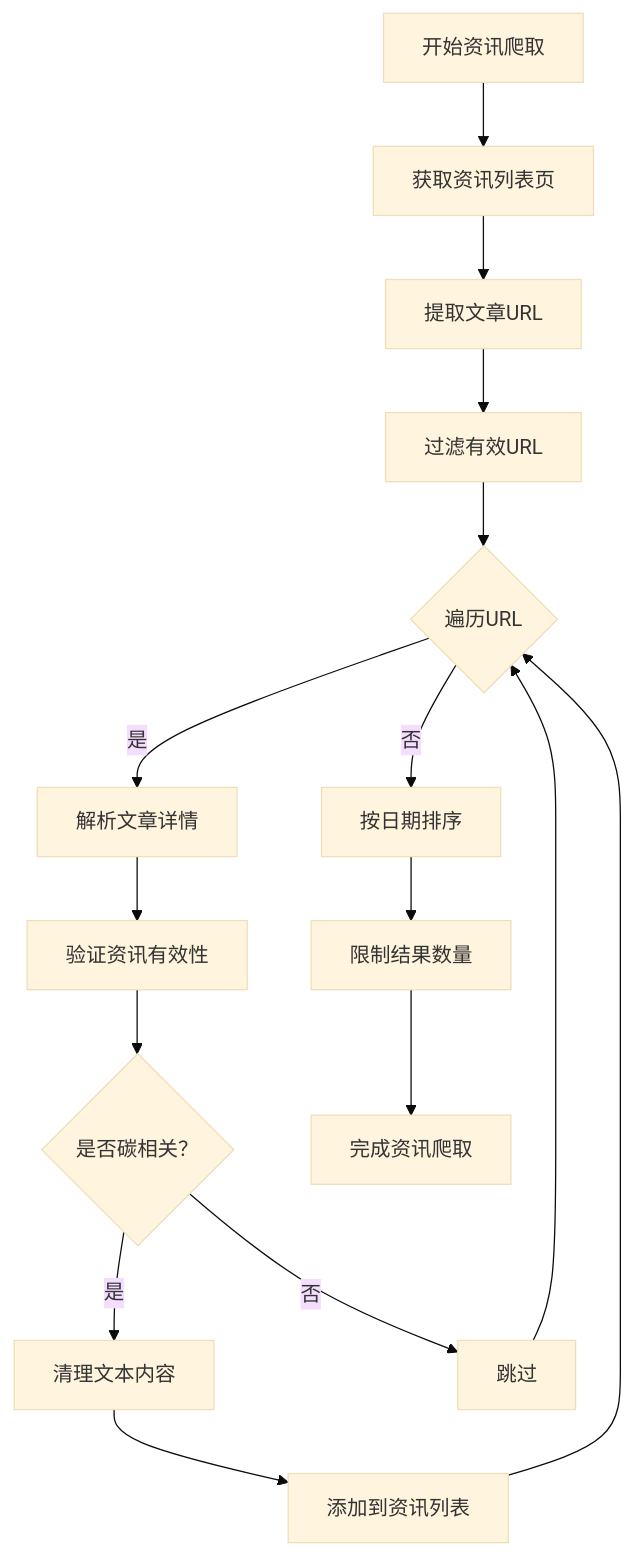
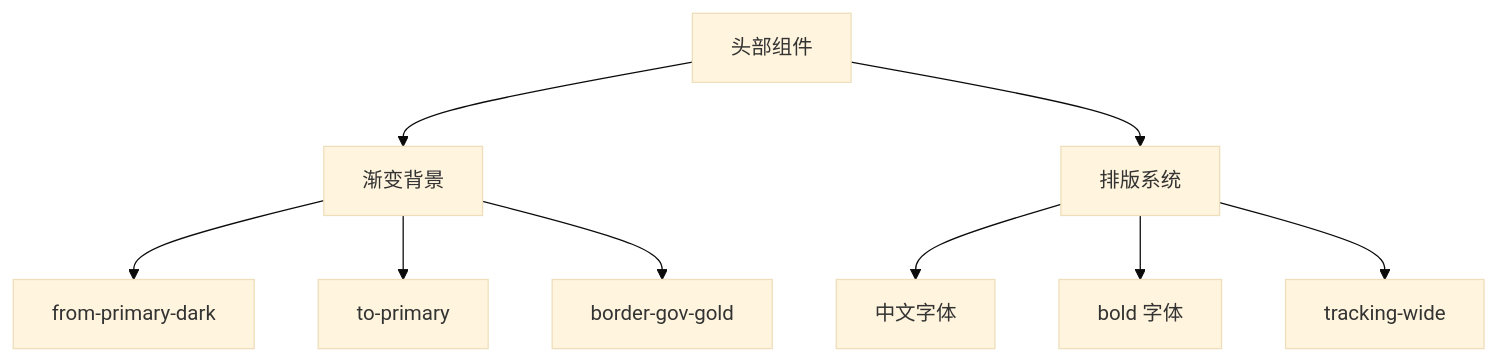
One commit to liangxuanliang-cmd/carbon-info-agent changed diagram 13 of 20 in .qoder/repowiki/zh/content/数据管理/新闻数据管理/增强的新闻数据管理.md. Above: the diagram before and after it, drawn with Mermaid (base theme). The commit also changed other lines of this file and 7 other files, not shown here.

````diff
--- a/.qoder/repowiki/zh/content/数据管理/新闻数据管理/增强的新闻数据管理.md
+++ b/.qoder/repowiki/zh/content/数据管理/新闻数据管理/增强的新闻数据管理.md
@@ -442,18 +541,11 @@
 ```mermaid
 flowchart TD
-StartNews["开始资讯爬取"] --> GetList["获取资讯列表页"]
-GetList --> ExtractURLs["提取文章URL"]
-ExtractURLs --> FilterURLs["过滤有效URL"]
-FilterURLs --> LoopURLs{"遍历URL"}
-LoopURLs --> |是| ParseDetail["解析文章详情"]
-ParseDetail --> ValidateNews["验证资讯有效性"]
-ValidateNews --> IsCarbon{"是否碳相关？"}
-IsCarbon --> |是| CleanText["清理文本内容"]
-IsCarbon --> |否| SkipNews["跳过"]
-CleanText --> AddNews["添加到资讯列表"]
-SkipNews --> LoopURLs
-AddNews --> LoopURLs
-LoopURLs --> |否| SortNews["按日期排序"]
-SortNews --> LimitResults["限制结果数量"]
-LimitResults --> EndNews["完成资讯爬取"]
+Header["头部组件"] --> GradientBackground["渐变背景"]
+GradientBackground --> PrimaryDark["from-primary-dark"]
+GradientBackground --> Primary["to-primary"]
+GradientBackground --> GoldBorder["border-gov-gold"]
+Header --> Typography["排版系统"]
+Typography --> FontFamily["中文字体"]
+Typography --> FontWeight["bold 字体"]
+Typography --> LetterSpacing["tracking-wide"]
 ```
````
